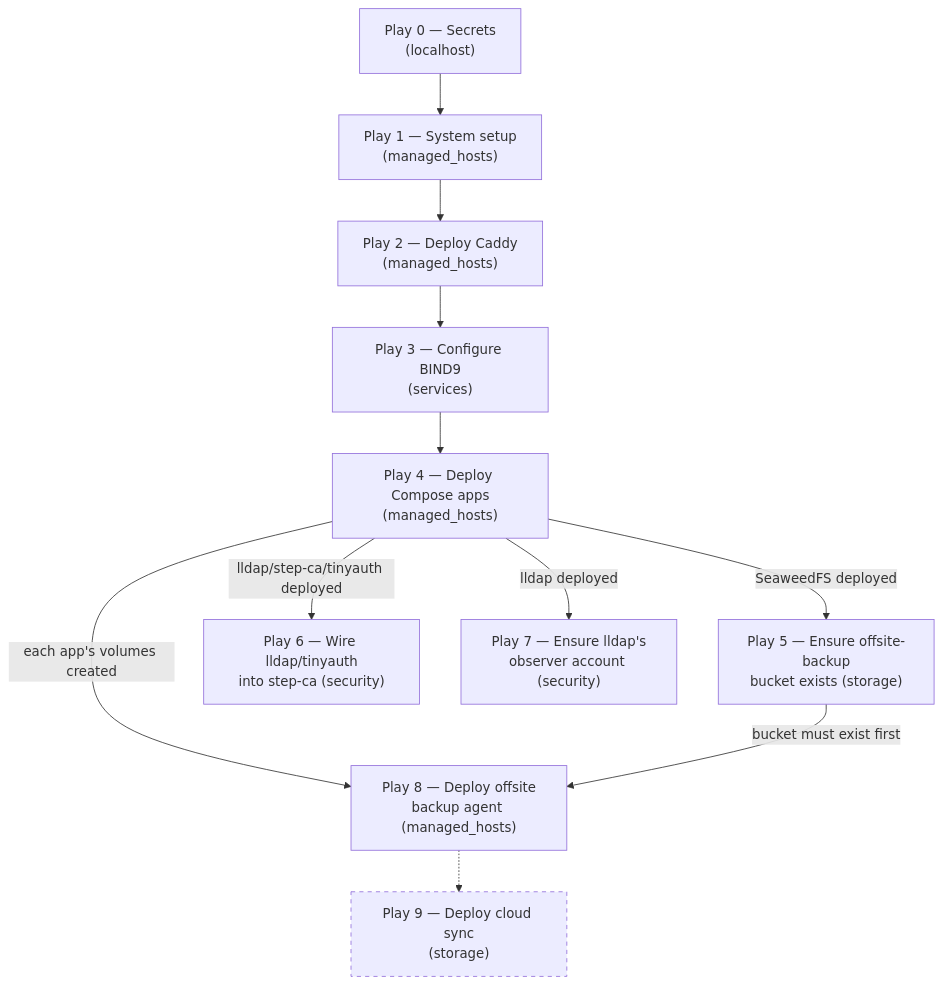
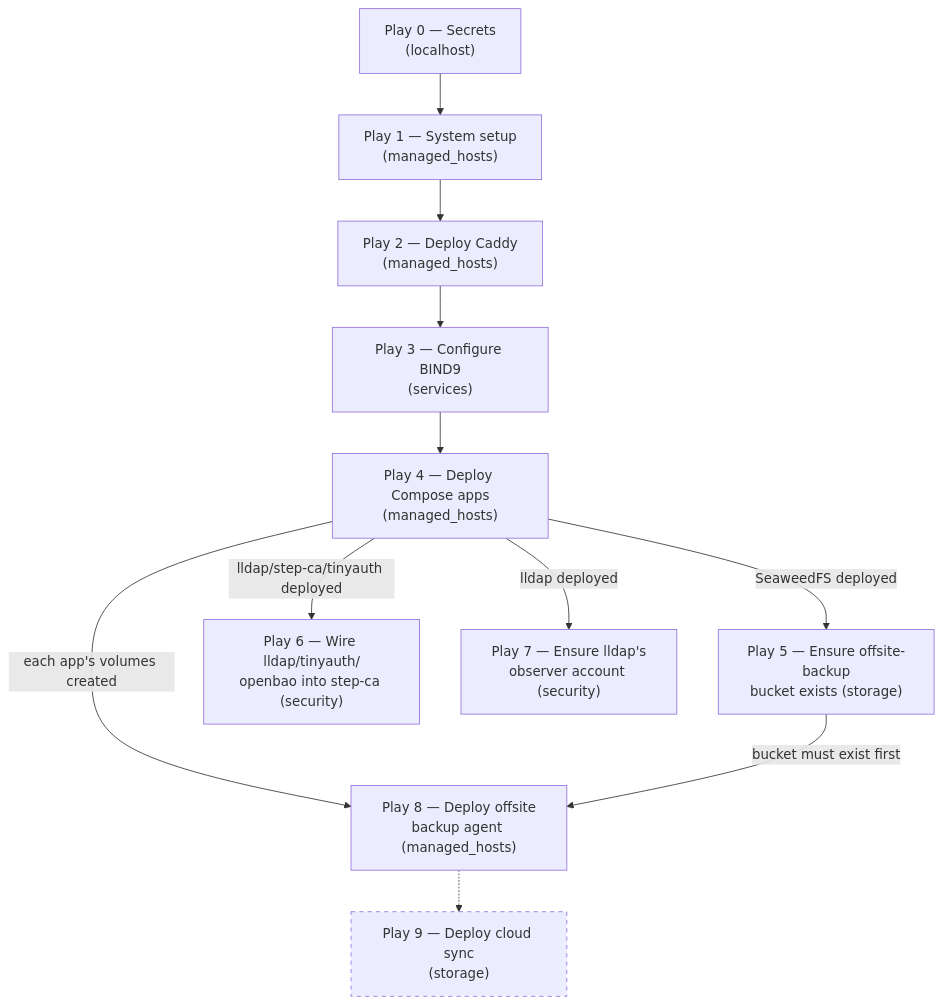
The diagram in docs/deployment-flow.md (wenenhoe/homelab), drawn with Mermaid before and after one commit. The commit also changed other lines of this file and 8 other files, not shown here.

````diff
--- a/docs/deployment-flow.md
+++ b/docs/deployment-flow.md
@@ -8,23 +8,23 @@
 ```mermaid
 flowchart TD
     p0["Play 0 — Secrets<br/>(localhost)"]
     p1["Play 1 — System setup<br/>(managed_hosts)"]
     p2["Play 2 — Deploy Caddy<br/>(managed_hosts)"]
     p3["Play 3 — Configure BIND9<br/>(services)"]
     p4["Play 4 — Deploy Compose apps<br/>(managed_hosts)"]
     p5["Play 5 — Ensure offsite-backup<br/>bucket exists (storage)"]
-    p6["Play 6 — Wire lldap/tinyauth<br/>into step-ca (security)"]
+    p6["Play 6 — Wire lldap/tinyauth/<br/>openbao into step-ca (security)"]
     p7["Play 7 — Ensure lldap's<br/>observer account (security)"]
     p8["Play 8 — Deploy offsite<br/>backup agent (managed_hosts)"]
     p9["Play 9 — Deploy cloud sync<br/>(storage)"]
 
     p0 --> p1 --> p2 --> p3 --> p4
     p4 -- "SeaweedFS deployed" --> p5
     p4 -- "lldap/step-ca/tinyauth deployed" --> p6
     p4 -- "lldap deployed" --> p7
     p4 -- "each app's volumes created" --> p8
     p5 -- "bucket must exist first" --> p8
     p8 -.-> p9
 
     style p9 stroke-dasharray: 5 5
 ```
````
